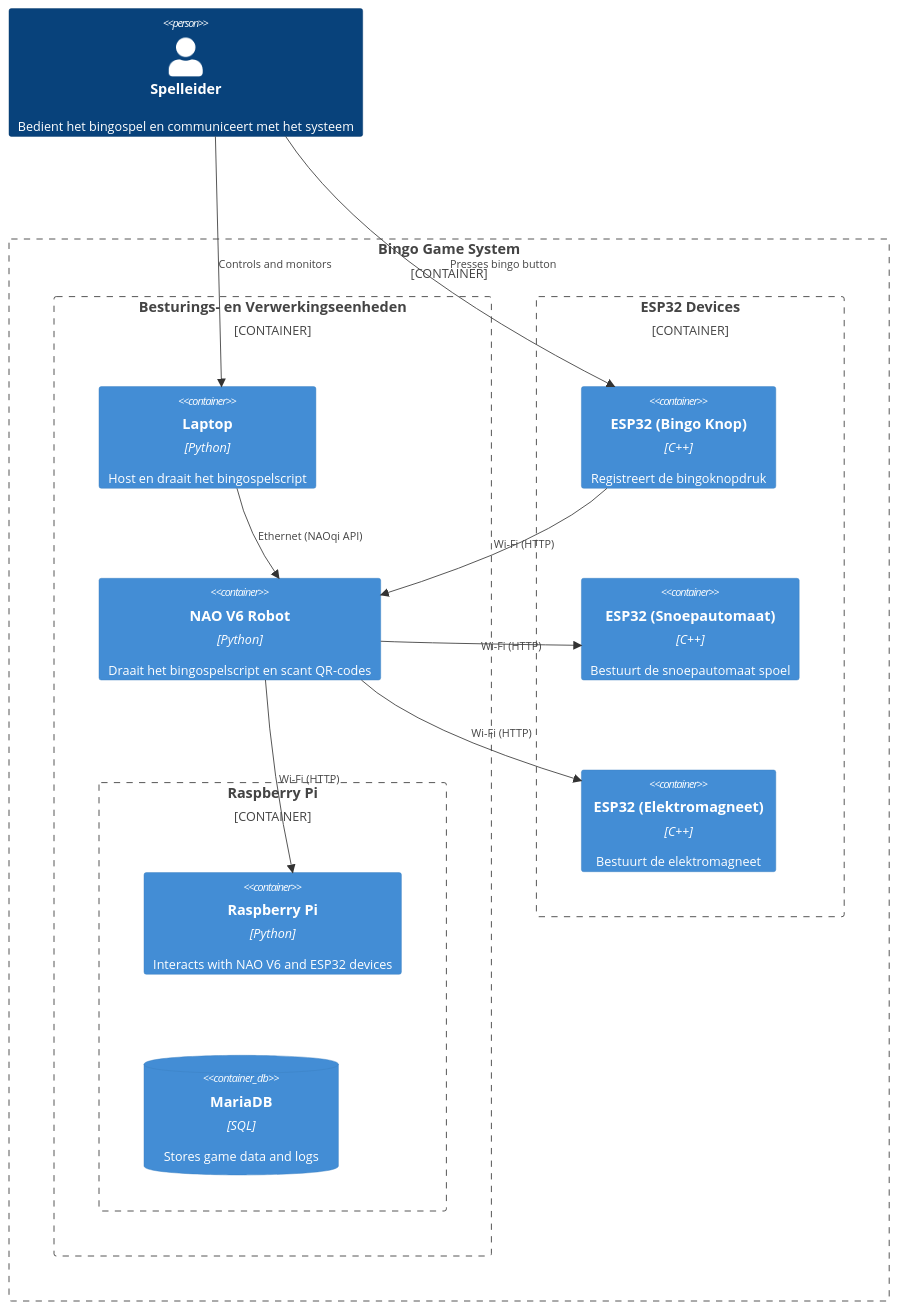
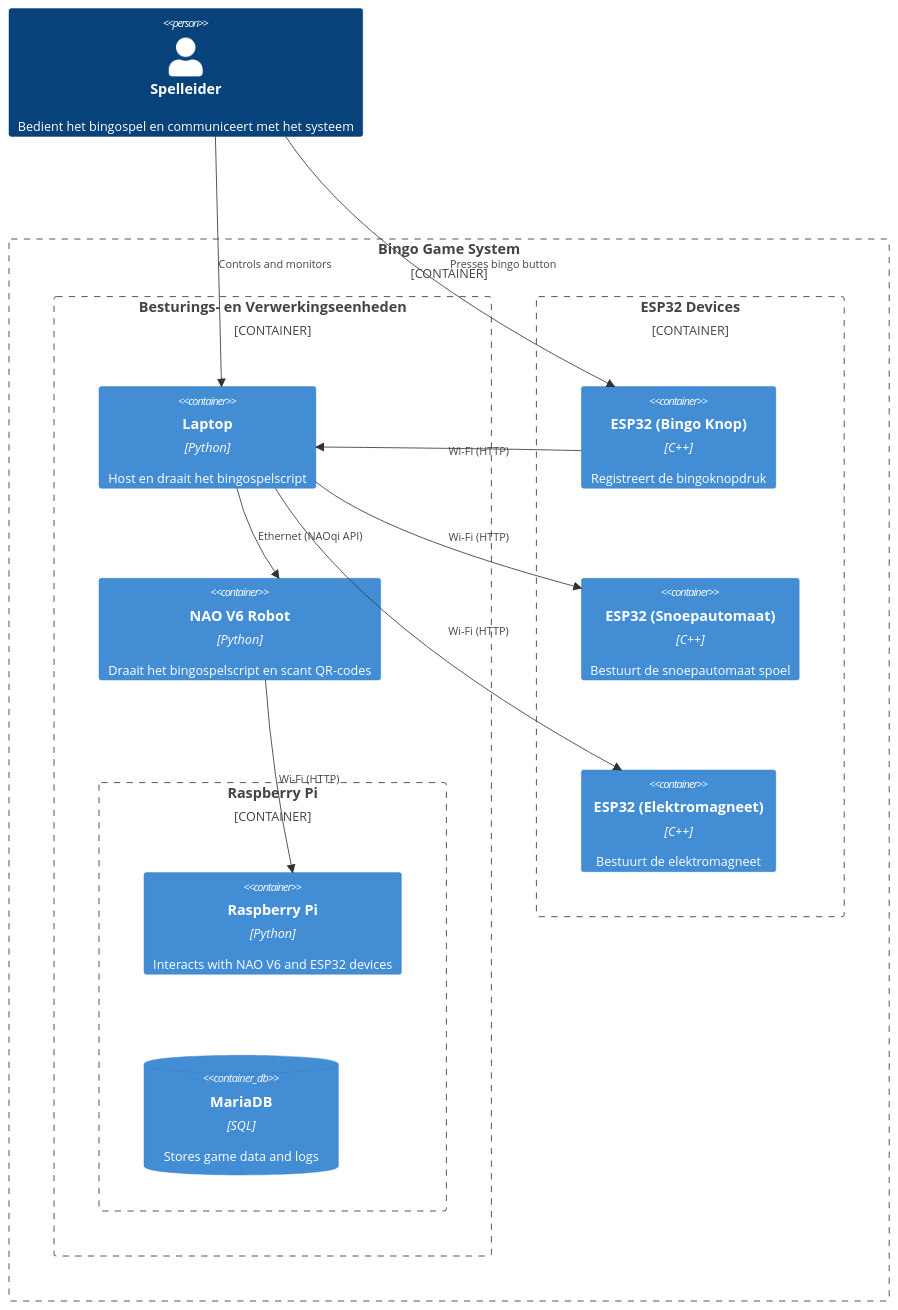
One commit to almukhabarat/bingo_game_elderly changed the first of 2 diagrams in docs/architecture/architecture_diagram.md. Above: the diagram before and after it, drawn with Mermaid.

Commit message:
architecture

````diff
--- a/docs/architecture/architecture_diagram.md
+++ b/docs/architecture/architecture_diagram.md
@@ -5,28 +5,28 @@
 ```mermaid
 C4Container
 Person(host, "Spelleider", "Bedient het bingospel en communiceert met het systeem")
 
 Container_Boundary(c1, "Bingo Game System") {
     Container_Boundary(c2, "Besturings- en Verwerkingseenheden") {
         Container(laptop, "Laptop", "Python", "Host en draait het bingospelscript")
         Container(nao_v6, "NAO V6 Robot", "Python", "Draait het bingospelscript en scant QR-codes")
         Container_Boundary(rpi_boundary, "Raspberry Pi") {
             Container(rpi, "Raspberry Pi", "Python", "Interacts with NAO V6 and ESP32 devices") 
             ContainerDb(mariadb, "MariaDB", "SQL", "Stores game data and logs")
         }
     }
     Container_Boundary(c3, "ESP32 Devices") {
         Container(esp32_bingo, "ESP32 (Bingo Knop)", "C++", "Registreert de bingoknopdruk")
         Container(esp32_vending, "ESP32 (Snoepautomaat)", "C++", "Bestuurt de snoepautomaat spoel")
         Container(esp32_electromagnet, "ESP32 (Elektromagneet)", "C++", "Bestuurt de elektromagneet")
     }
 }
 
 Rel(host, laptop, "Controls and monitors")
 Rel(laptop, nao_v6, "Ethernet (NAOqi API)")
-Rel(esp32_bingo, nao_v6, "Wi-Fi (HTTP)")
+Rel(esp32_bingo, laptop, "Wi-Fi (HTTP)")
 Rel(host, esp32_bingo, "Presses bingo button")
-Rel(nao_v6, esp32_vending, "Wi-Fi (HTTP)")
-Rel(nao_v6, esp32_electromagnet, "Wi-Fi (HTTP)")
+Rel(laptop, esp32_vending, "Wi-Fi (HTTP)")
+Rel(laptop, esp32_electromagnet, "Wi-Fi (HTTP)")
 Rel(nao_v6, rpi, "Wi-Fi (HTTP)")
 ```
````
